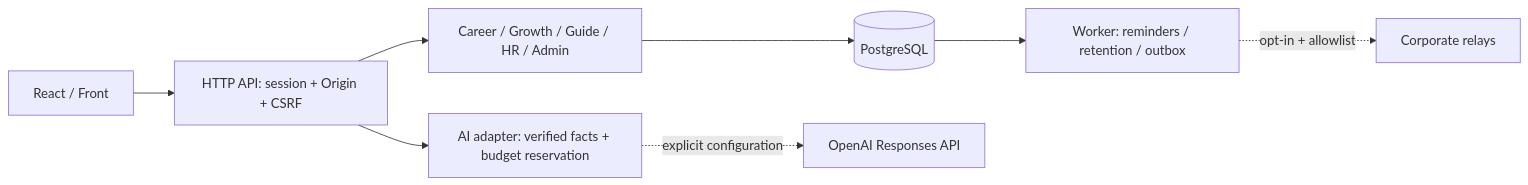
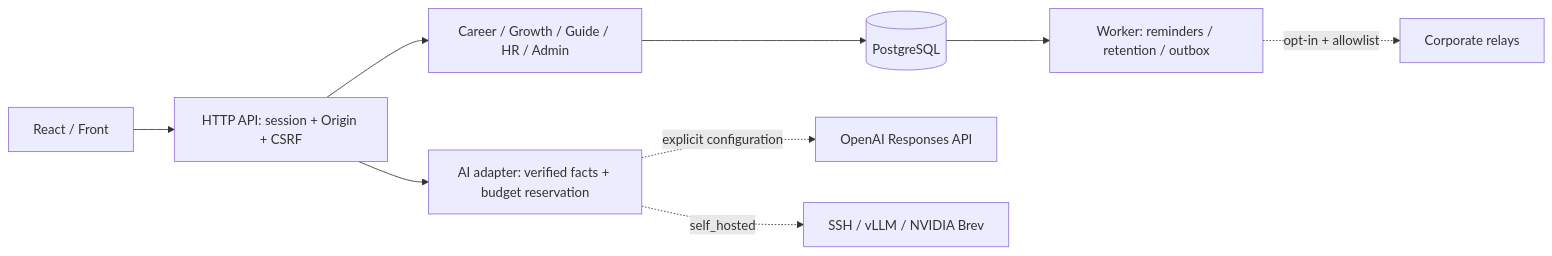
One commit to BAITC-Hacks/hack-e61371a2-smart-it-solution changed the diagram in Back/README.md. Above: the diagram before and after it, drawn with Mermaid. The commit also changed other lines of this file and 21 other files, not shown here.

Commit message:
feat(ai): connect self-hosted NVIDIA Brev assistant with private tunnel

````diff
--- a/Back/README.md
+++ b/Back/README.md
@@ -29,10 +29,11 @@
 ```mermaid
 flowchart LR
   Front[React / Front] --> HTTP[HTTP API: session + Origin + CSRF]
   HTTP --> Modules[Career / Growth / Guide / HR / Admin]
   Modules --> PG[(PostgreSQL)]
   HTTP --> AI[AI adapter: verified facts + budget reservation]
   AI -. explicit configuration .-> OpenAI[OpenAI Responses API]
+  AI -. self_hosted .-> Brev[SSH / vLLM / NVIDIA Brev]
   PG --> Worker[Worker: reminders / retention / outbox]
   Worker -. opt-in + allowlist .-> Relay[Corporate relays]
 ```
````
